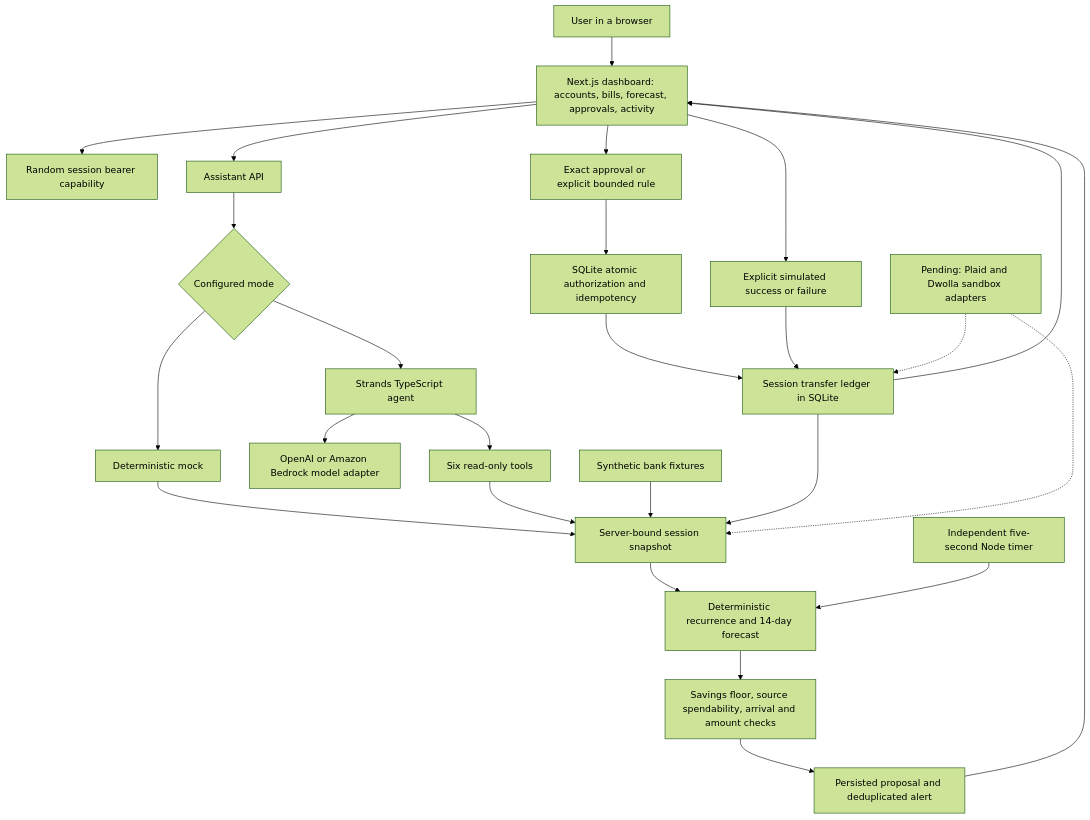
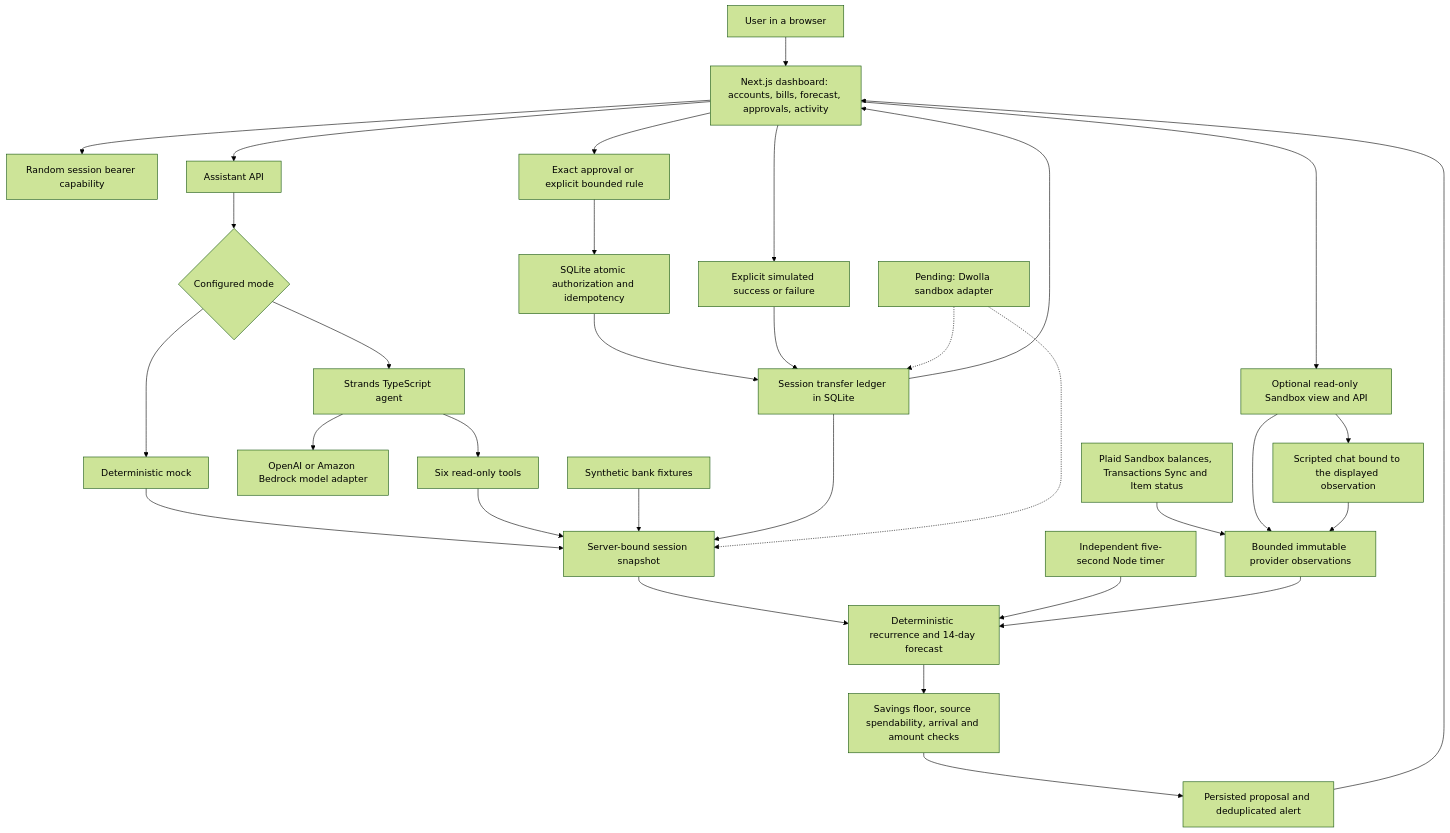
One commit to JediWattson/PennyAhead changed the diagram in docs/ARCHITECTURE.md. Above: the diagram before and after it, drawn with Mermaid (forest theme). The commit also changed other lines of this file and 25 other files, not shown here.

Commit message:
Connect Plaid Sandbox observations to forecasts and read-only chat

````diff
--- a/docs/ARCHITECTURE.md
+++ b/docs/ARCHITECTURE.md
@@ -3,28 +3,34 @@
 ```mermaid
 flowchart TD
   User[User in a browser] --> UI[Next.js dashboard: accounts, bills, forecast, approvals, activity]
   UI --> Session[Random session bearer capability]
   UI --> Chat[Assistant API]
   Chat --> Mode{Configured mode}
   Mode --> Mock[Deterministic mock]
   Mode --> Agent[Strands TypeScript agent]
   Agent --> Model[OpenAI or Amazon Bedrock model adapter]
   Agent --> Tools[Six read-only tools]
   Mock --> Context[Server-bound session snapshot]
   Tools --> Context
   Fixture[Synthetic bank fixtures] --> Context
   Ledger[Session transfer ledger in SQLite] --> Context
   Context --> Forecast[Deterministic recurrence and 14-day forecast]
   Timer[Independent five-second Node timer] --> Forecast
   Forecast --> Policy[Savings floor, source spendability, arrival and amount checks]
   Policy --> Proposal[Persisted proposal and deduplicated alert]
   Proposal --> UI
   UI --> Approval[Exact approval or explicit bounded rule]
   Approval --> Transaction[SQLite atomic authorization and idempotency]
   Transaction --> Ledger
   UI --> Settlement[Explicit simulated success or failure]
   Settlement --> Ledger
   Ledger --> UI
-  Future[Pending: Plaid and Dwolla sandbox adapters] -.-> Context
+  UI --> Sandbox[Optional read-only Sandbox view and API]
+  Plaid[Plaid Sandbox balances, Transactions Sync and Item status] --> Observations[Bounded immutable provider observations]
+  Sandbox --> Observations
+  Observations --> Forecast
+  Sandbox --> SandboxChat[Scripted chat bound to the displayed observation]
+  SandboxChat --> Observations
+  Future[Pending: Dwolla sandbox adapter] -.-> Context
   Future -.-> Ledger
 ```
````
